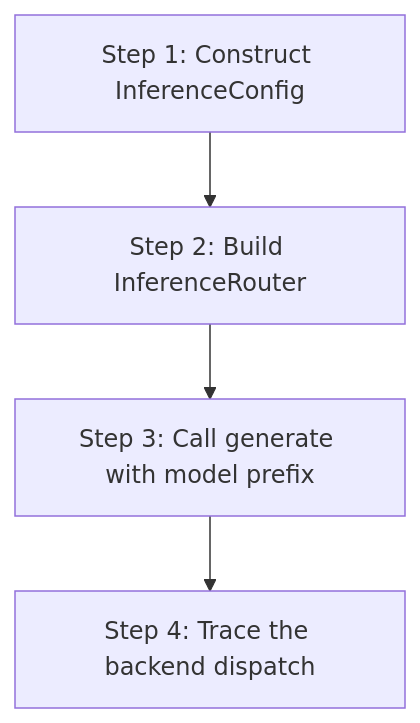
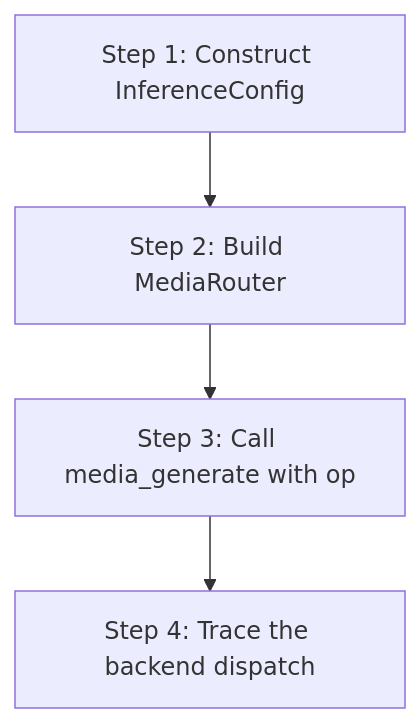
Before and after one commit to mdz-axo/zed-kask: the diagram in kask/docs/diataxis/hkask-inference/tutorial.md, drawn with Mermaid. The commit also changed other lines of this file and 9 other files, not shown here.

````diff
--- a/kask/docs/diataxis/hkask-inference/tutorial.md
+++ b/kask/docs/diataxis/hkask-inference/tutorial.md
@@ -23,6 +23,6 @@
 ```mermaid
 flowchart TD
-    A[Step 1: Construct InferenceConfig] --> B[Step 2: Build InferenceRouter]
-    B --> C[Step 3: Call generate with model prefix]
+        A[Step 1: Construct InferenceConfig] --> B[Step 2: Build MediaRouter]
+    B --> C[Step 3: Call media_generate with op]
     C --> D[Step 4: Trace the backend dispatch]
 ```
````
